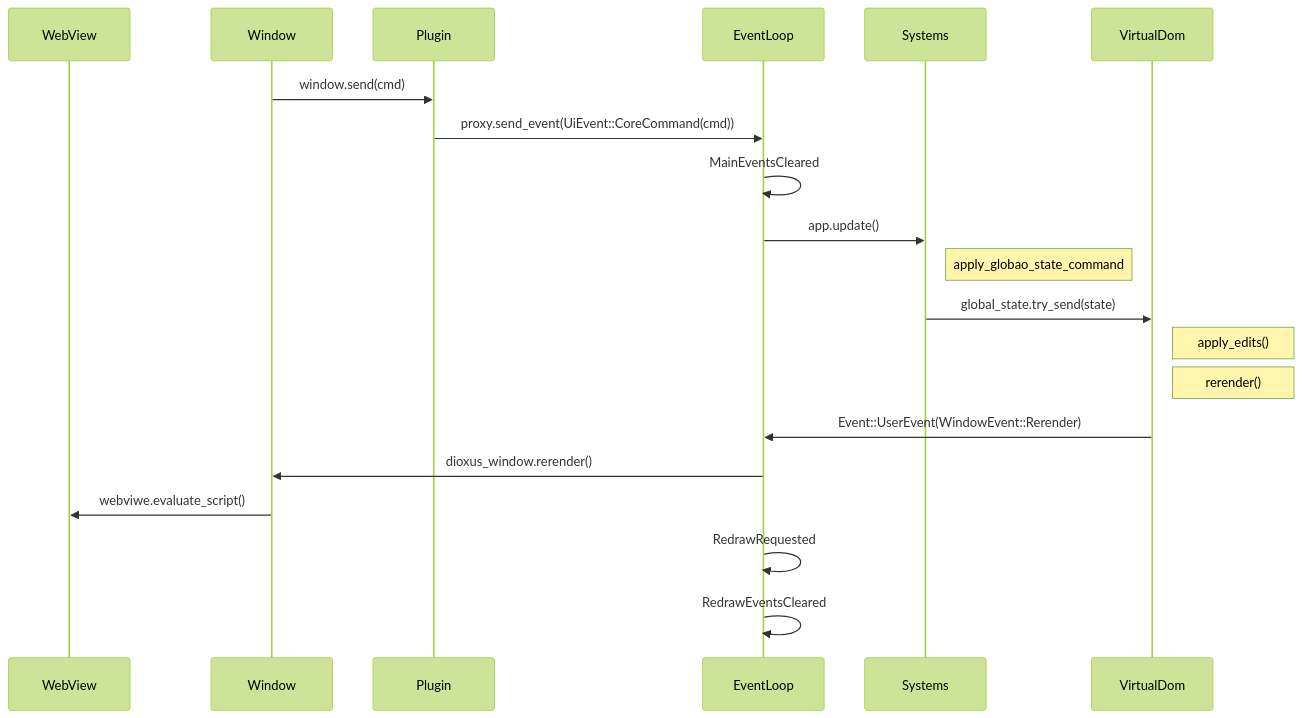
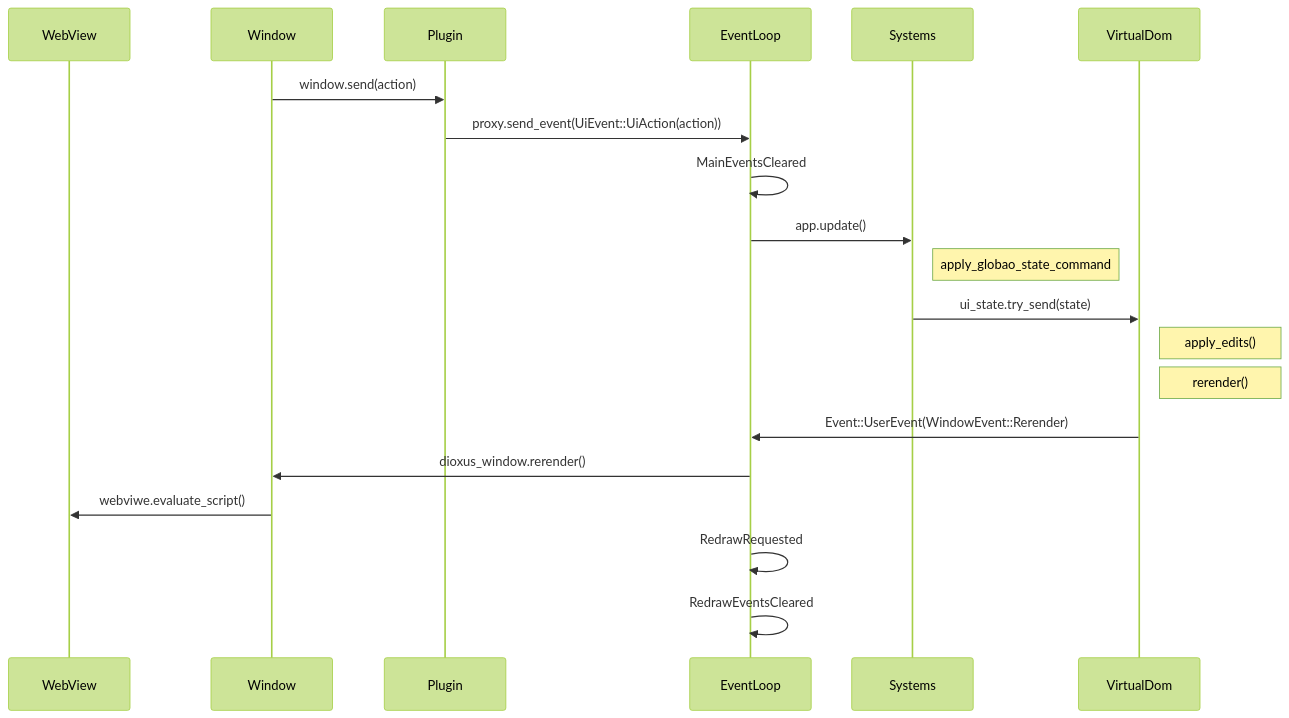
Before and after one commit to Marlboro11526/dip: the fourth of 4 diagrams in packages/website/content/docs/architecture/overview.md, drawn with Mermaid (forest theme). The commit also changed other lines of this file and 36 other files, not shown here.

First line of the commit message:
Replace CoreCommand with UiAction (#69)

````diff
--- a/packages/website/content/docs/architecture/overview.md
+++ b/packages/website/content/docs/architecture/overview.md
@@ -69,24 +69,24 @@
 ```mermaid
 sequenceDiagram
     participant WebView
     participant Window
     participant Plugin
     participant EventLoop
     participant Systems
     participant VirtualDom
 
-    Window ->> Plugin: window.send(cmd)
-    Plugin ->> EventLoop: proxy.send_event(UiEvent::CoreCommand(cmd));
+    Window ->> Plugin: window.send(action)
+    Plugin ->> EventLoop: proxy.send_event(UiEvent::UiAction(action));
     EventLoop ->> EventLoop: MainEventsCleared
     EventLoop ->> Systems: app.update()
     Note right of Systems: apply_globao_state_command
-    Systems ->> VirtualDom: global_state.try_send(state);
+    Systems ->> VirtualDom: ui_state.try_send(state);
     Note right of VirtualDom: apply_edits()
     Note right of VirtualDom: rerender()
     VirtualDom ->> EventLoop: Event::UserEvent(WindowEvent::Rerender)
     EventLoop ->> Window: dioxus_window.rerender()
     Window ->> WebView: webviwe.evaluate_script()
 
     EventLoop ->> EventLoop: RedrawRequested
     EventLoop ->> EventLoop: RedrawEventsCleared
 ```
````
